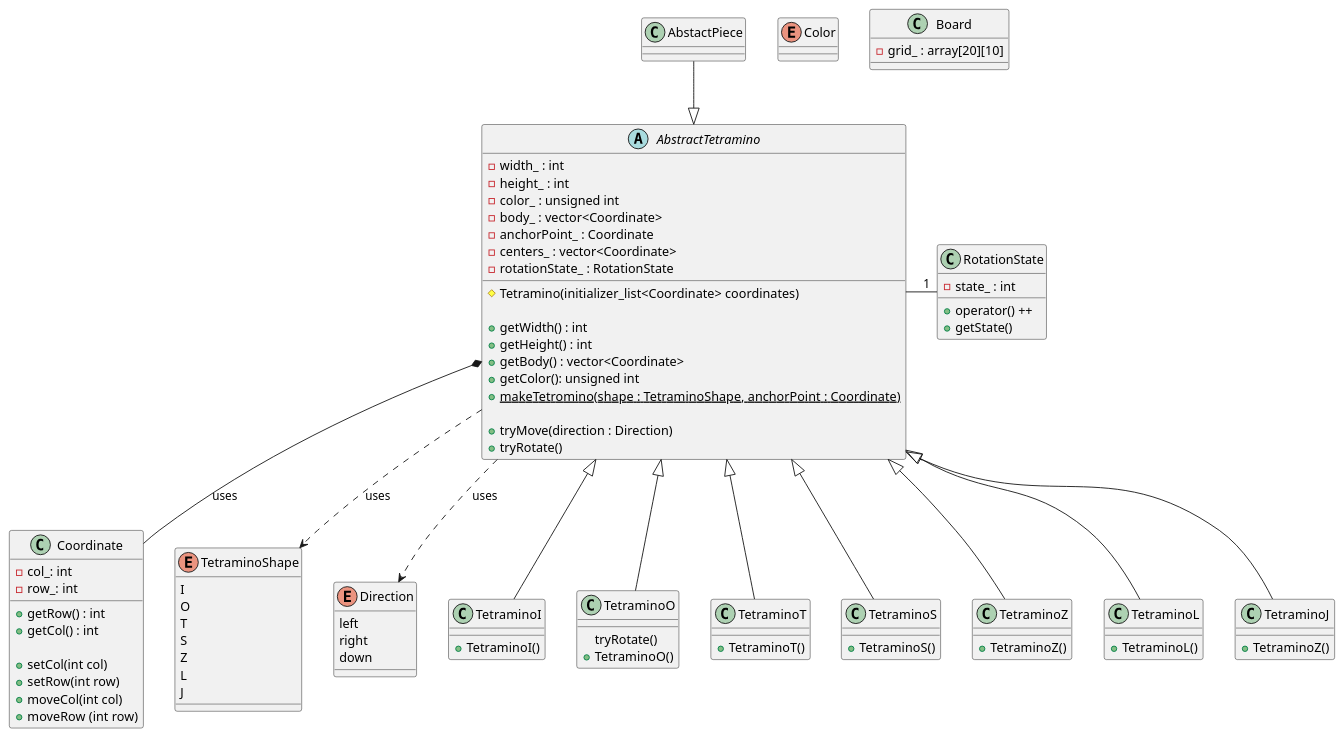
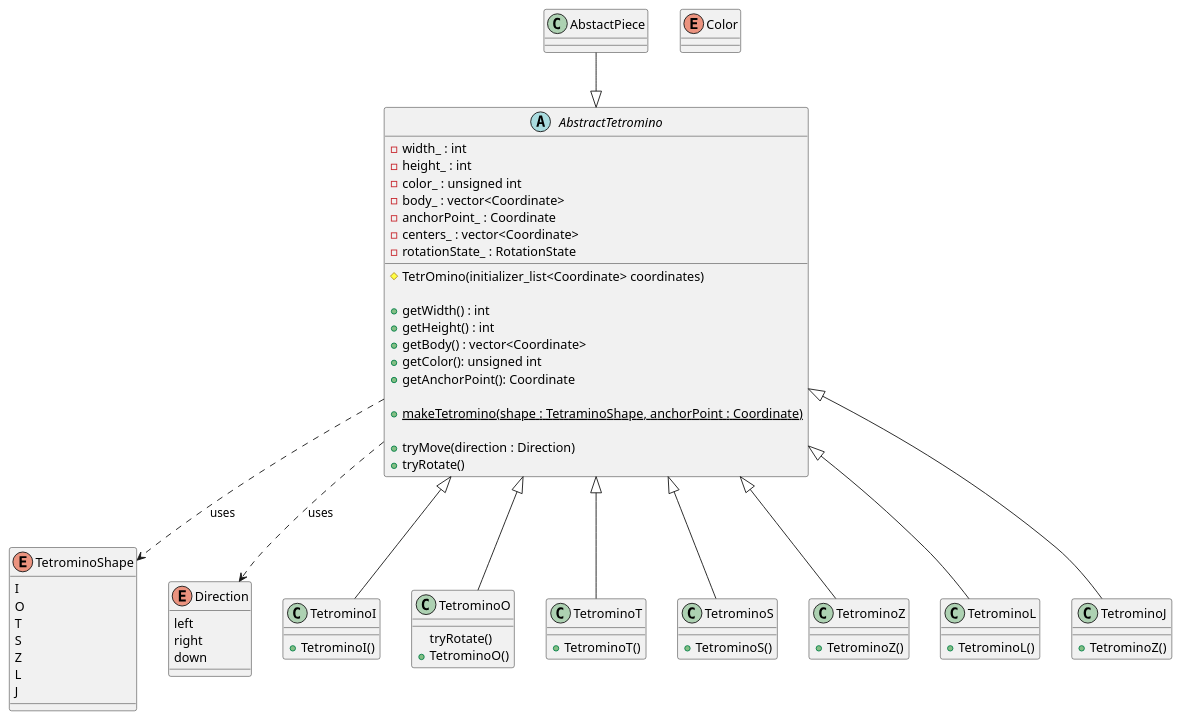
The diagram in SRD-DOC/uml/class/game/Tetrominoes.plantuml (ulb-info2-group5/Royal-Blocks), drawn with PlantUML before and after one commit. The commit also changed 5 other files, not shown here.

Commit message:
tried some uml class diagrams

```diff
--- a/SRD-DOC/uml/class/game/Tetrominoes.plantuml
+++ b/SRD-DOC/uml/class/game/Tetrominoes.plantuml
@@ -1,119 +1,90 @@
 @startuml (id=Tetromino)
 
 ' skinparam class {
 '     BackgroundColor AntiqueWhite
 ' }
 
-abstract class AbstractTetramino {
+abstract class AbstractTetromino {
     - width_ : int
     - height_ : int
     - color_ : unsigned int
     - body_ : vector<Coordinate>
     - anchorPoint_ : Coordinate
-    ' coordinate of the center's for all 4 rotation states
+    'coordinate of the center's for all 4 rotation states
     - centers_ : vector<Coordinate>
     - rotationState_ : RotationState
 
-    # Tetramino(initializer_list<Coordinate> coordinates)
+    # TetrOmino(initializer_list<Coordinate> coordinates)
 
     + getWidth() : int  
     + getHeight() : int
     + getBody() : vector<Coordinate>
     + getColor(): unsigned int
+    + getAnchorPoint(): Coordinate
 
-
-    ' factory
+    'factory
     + {static} makeTetromino(shape : TetraminoShape, anchorPoint : Coordinate)
 
     + tryMove(direction : Direction)
     + tryRotate()
 }
 
 
-
-class Coordinate {
-    - col_: int
-    - row_: int
-
-    + getRow() : int 
-    + getCol() : int
-
-    + setCol(int col)
-    + setRow(int row)
-    + moveCol(int col)
-    + moveRow (int row)
-}
-
-enum TetraminoShape {
+enum TetrominoShape {
     I
     O
     T
     S
     Z
     L
     J
 }
 
 enum Direction {
     left
     right
     down
 }
 
 
-
-class RotationState{
-    - state_ : int 
-    + operator() ++
-    + getState() 
-
-}
-
 enum Color {
 
 }
 
-class Board {
-    -grid_ : array[20][10] 
+
+class TetrominoI extends AbstractTetromino { 
+    +TetrominoI()
 }
 
-
-
-class TetraminoI extends AbstractTetramino { 
-    +TetraminoI()
-}
-
-class TetraminoO extends AbstractTetramino { 
+class TetrominoO extends AbstractTetromino { 
     'overriding'
     tryRotate()
-    +TetraminoO()
+    +TetrominoO()
 
 }
 
-class TetraminoT extends AbstractTetramino { 
-    +TetraminoT()
+class TetrominoT extends AbstractTetromino { 
+    +TetrominoT()
 }
 
-class TetraminoS extends AbstractTetramino { 
-    +TetraminoS()
+class TetrominoS extends AbstractTetromino { 
+    +TetrominoS()
 }
 
-class TetraminoZ extends AbstractTetramino { 
-    +TetraminoZ()
+class TetrominoZ extends AbstractTetromino { 
+    +TetrominoZ()
 }
 
-class TetraminoL extends AbstractTetramino { 
-    +TetraminoL()
+class TetrominoL extends AbstractTetromino { 
+    +TetrominoL()
 }
 
-class TetraminoJ extends AbstractTetramino { 
-    +TetraminoZ()
+class TetrominoJ extends AbstractTetromino { 
+    +TetrominoZ()
 }
 
-AbstactPiece --|> AbstractTetramino
-AbstractTetramino *-- Coordinate : uses
-AbstractTetramino - "1"RotationState
-AbstractTetramino.-> TetraminoShape : uses
-AbstractTetramino .-> Direction : uses
+AbstactPiece --|> AbstractTetromino
+AbstractTetromino.-> TetrominoShape : uses
+AbstractTetromino .-> Direction : uses
 
 @enduml
```
